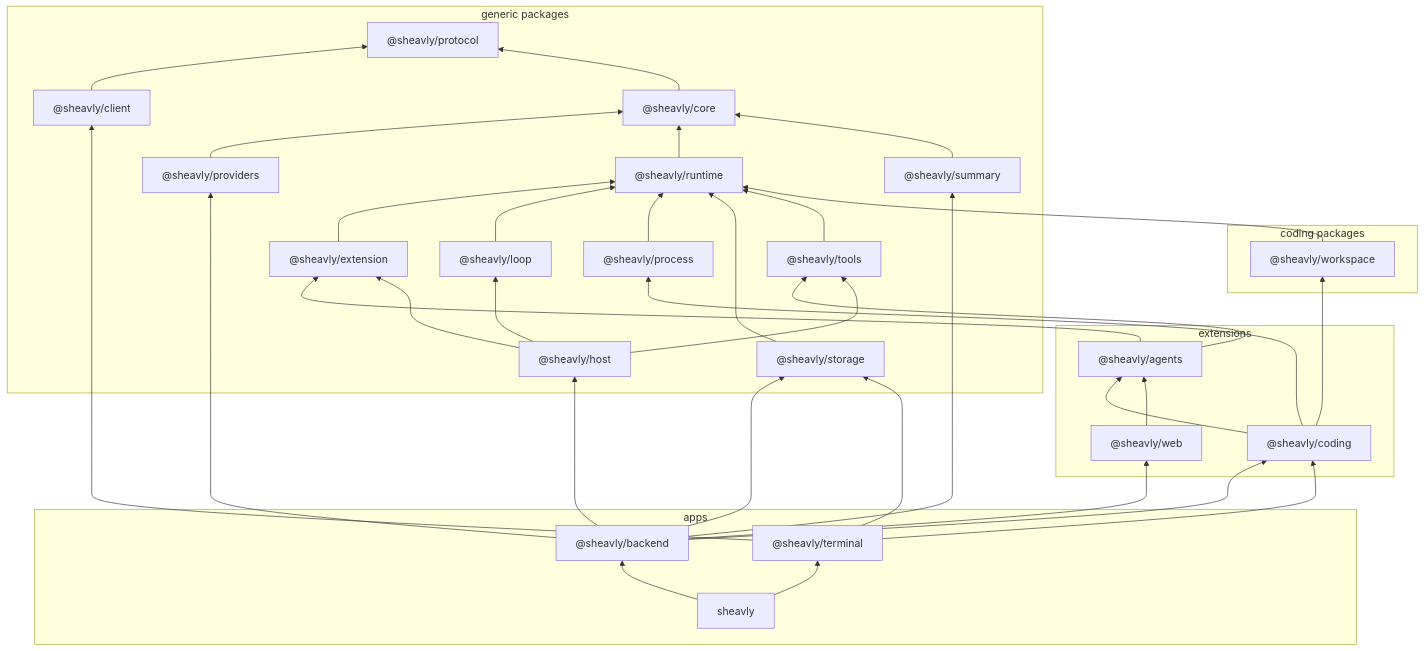
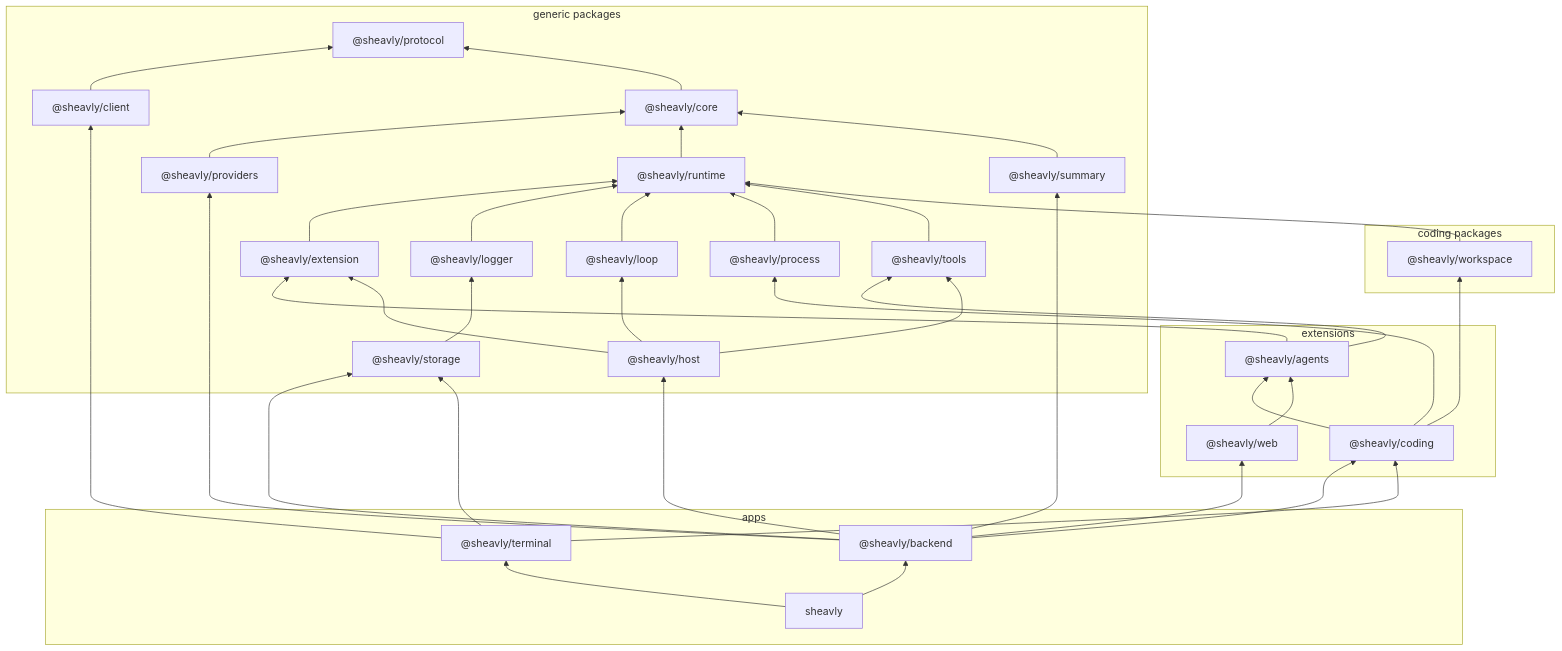
The diagram in docs/overview.md (Sheavly/harness), drawn with Mermaid before and after one commit. The commit also changed 92 other files, not shown here.

````diff
--- a/docs/overview.md
+++ b/docs/overview.md
@@ -35,61 +35,63 @@
 ```mermaid
 flowchart BT
   subgraph group_generic ["generic packages"]
     client["@sheavly/client"]
     core["@sheavly/core"]
     extension["@sheavly/extension"]
     host["@sheavly/host"]
+    logger["@sheavly/logger"]
     loop["@sheavly/loop"]
     process["@sheavly/process"]
     protocol["@sheavly/protocol"]
     providers["@sheavly/providers"]
     runtime["@sheavly/runtime"]
     storage["@sheavly/storage"]
     summary["@sheavly/summary"]
     tools["@sheavly/tools"]
   end
   subgraph group_coding ["coding packages"]
     workspace["@sheavly/workspace"]
   end
   subgraph group_extensions ["extensions"]
     agents["@sheavly/agents"]
     coding["@sheavly/coding"]
     web["@sheavly/web"]
   end
   subgraph group_apps ["apps"]
     backend["@sheavly/backend"]
     terminal["@sheavly/terminal"]
     sheavly["sheavly"]
   end
   agents --> extension
   agents --> tools
   backend --> coding
   backend --> host
   backend --> providers
   backend --> storage
   backend --> summary
   backend --> web
   client --> protocol
   coding --> agents
   coding --> process
   coding --> workspace
   core --> protocol
   extension --> runtime
   host --> extension
   host --> loop
   host --> tools
+  logger --> runtime
   loop --> runtime
   process --> runtime
   providers --> core
   runtime --> core
-  storage --> runtime
+  storage --> logger
   summary --> core
   terminal --> client
   terminal --> coding
   terminal --> storage
   tools --> runtime
   web --> agents
   workspace --> runtime
   sheavly --> backend
   sheavly --> terminal
 ```
````
